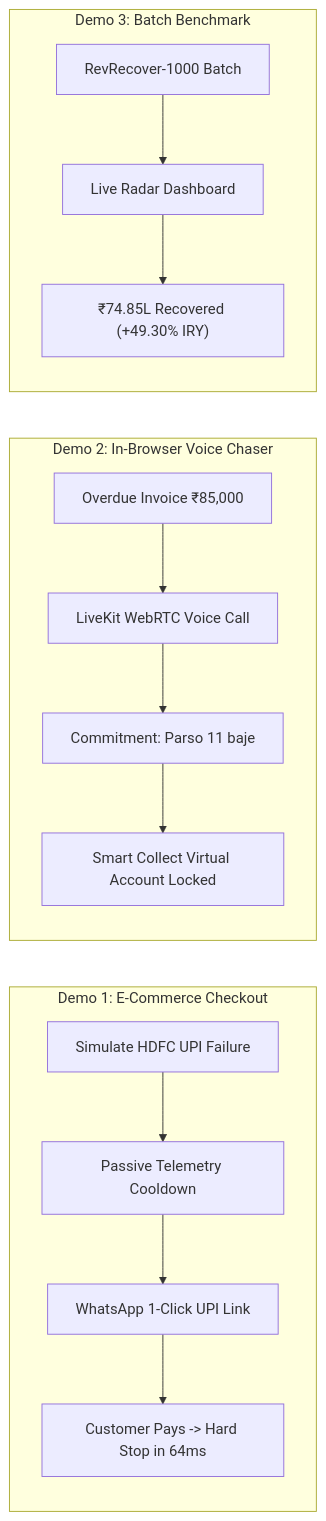
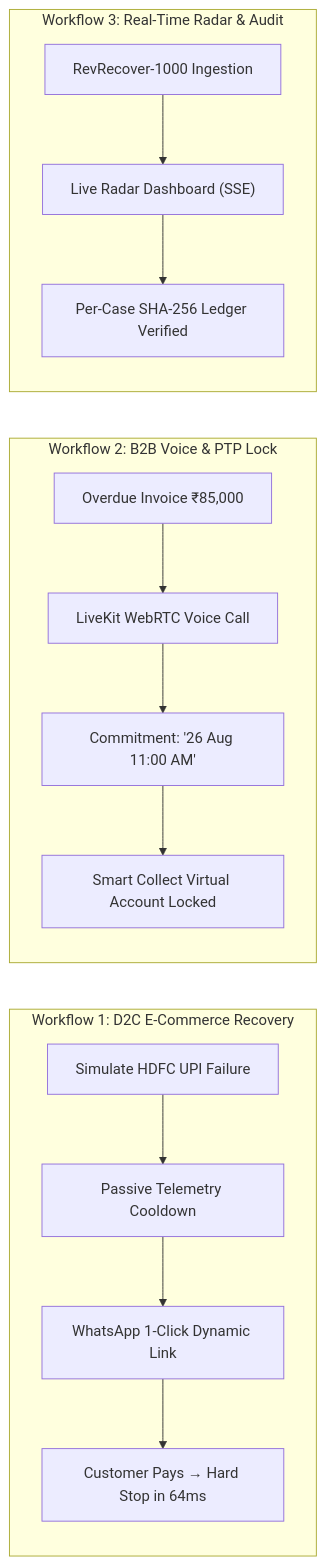
Before and after one commit to Adityaraj1969/Razorpay-Revenue-Recovery: the diagram in docs/Demo.md, drawn with Mermaid. The commit also changed other lines of this file, not shown here.

Commit message:
docs: formalize Demo.md into comprehensive hackathon submission specification

````diff
--- a/docs/Demo.md
+++ b/docs/Demo.md
@@ -61,19 +43,19 @@
 ```mermaid
 flowchart LR
-    subgraph DEMO1["Demo 1: E-Commerce Checkout"]
-        D1_FAIL["Simulate HDFC UPI Failure"] --> D1_WAIT["Passive Telemetry Cooldown"]
-        D1_WAIT --> D1_WA["WhatsApp 1-Click UPI Link"]
-        D1_WA --> D1_SETTLE["Customer Pays -> Hard Stop in 64ms"]
+    subgraph FLOW1["Workflow 1: D2C E-Commerce Recovery"]
+        F1_FAIL["Simulate HDFC UPI Failure"] --> F1_SENTINEL["Passive Telemetry Cooldown"]
+        F1_SENTINEL --> F1_WA["WhatsApp 1-Click Dynamic Link"]
+        F1_WA --> F1_SETTLE["Customer Pays &rarr; Hard Stop in 64ms"]
     end
 
-    subgraph DEMO2["Demo 2: In-Browser Voice Chaser"]
-        D2_INV["Overdue Invoice ₹85,000"] --> D2_CALL["LiveKit WebRTC Voice Call"]
-        D2_CALL --> D2_PTP["Commitment: Parso 11 baje"]
-        D2_PTP --> D2_SMART["Smart Collect Virtual Account Locked"]
+    subgraph FLOW2["Workflow 2: B2B Voice & PTP Lock"]
+        F2_INV["Overdue Invoice ₹85,000"] --> F2_CALL["LiveKit WebRTC Voice Call"]
+        F2_CALL --> F2_PTP["Commitment: '26 Aug 11:00 AM'"]
+        F2_PTP --> F2_SMART["Smart Collect Virtual Account Locked"]
     end
 
-    subgraph DEMO3["Demo 3: Batch Benchmark"]
-        D3_BATCH["RevRecover-1000 Batch"] --> D3_RADAR["Live Radar Dashboard"]
-        D3_RADAR --> D3_ROI["₹74.85L Recovered (+49.30% IRY)"]
+    subgraph FLOW3["Workflow 3: Real-Time Radar & Audit"]
+        F3_BATCH["RevRecover-1000 Ingestion"] --> F3_RADAR["Live Radar Dashboard (SSE)"]
+        F3_RADAR --> F3_AUDIT["Per-Case SHA-256 Ledger Verified"]
     end
 ```
````
